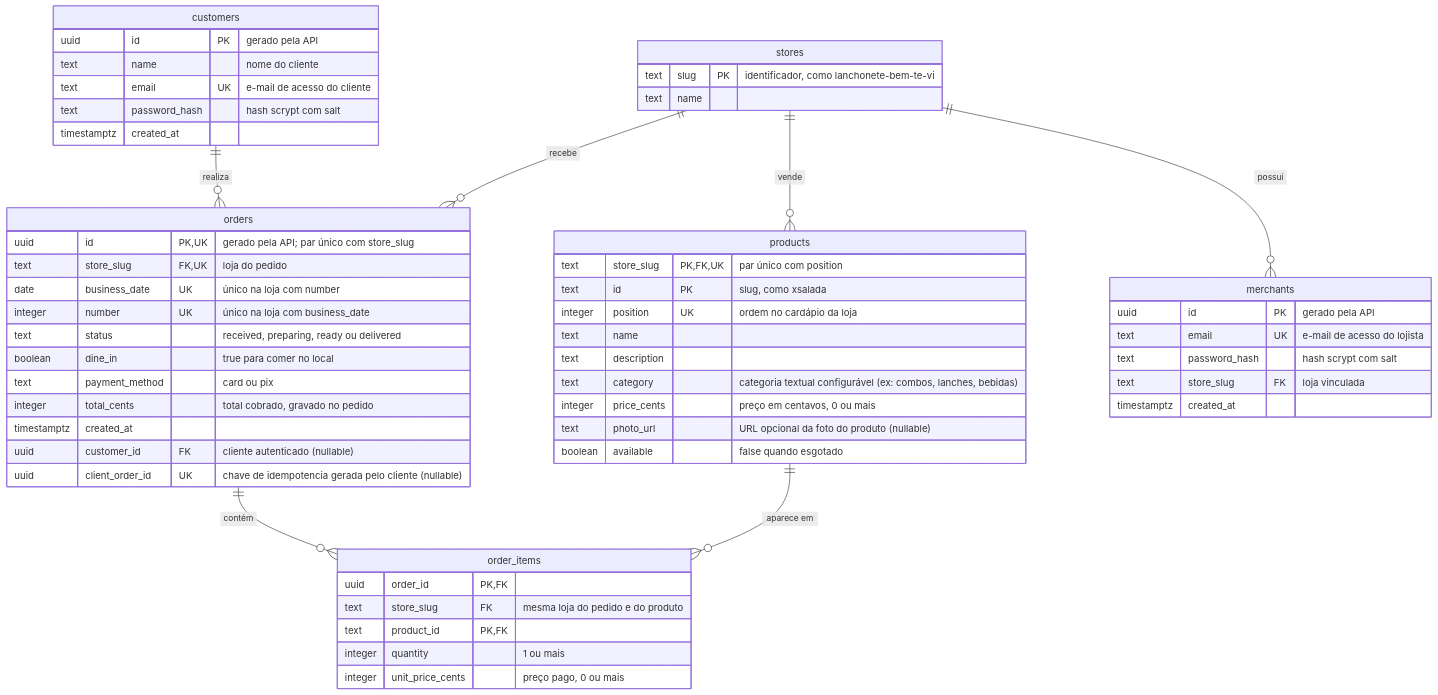
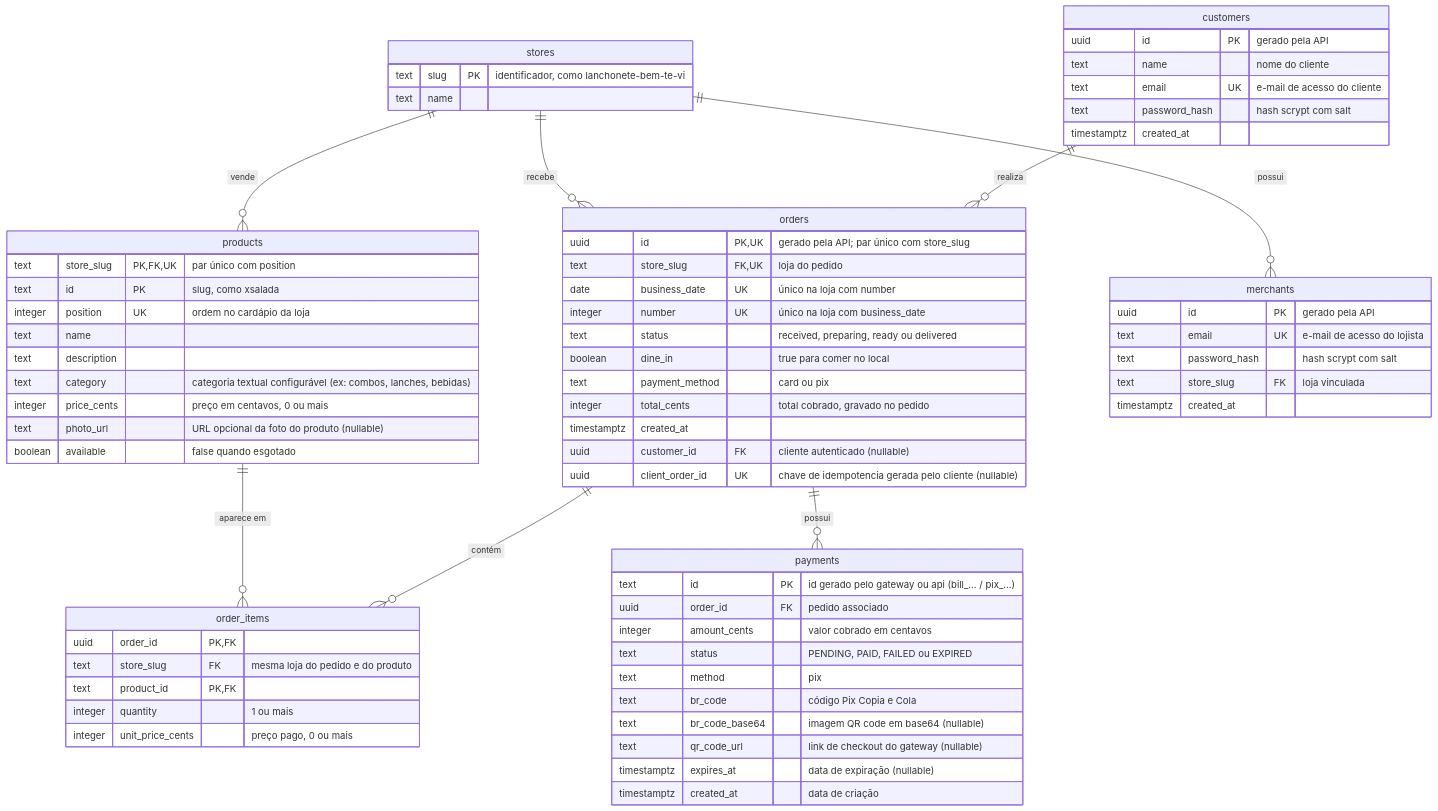
The diagram in docs/banco-de-dados.md (kaualimadesouza/EI), drawn with Mermaid before and after one commit. The commit also changed 36 other files, not shown here.

First line of the commit message:
feat(payments): integrate Abacate Pay Pix gateway with polling and webhooks (#78)

````diff
--- a/docs/banco-de-dados.md
+++ b/docs/banco-de-dados.md
@@ -9,66 +9,80 @@
 ```mermaid
 %%{init: {"htmlLabels": false}}%%
 %% htmlLabels off: labels render as SVG text, not HTML boxes that can clip
 erDiagram
     stores ||--o{ products : "vende"
     stores ||--o{ orders : "recebe"
     stores ||--o{ merchants : "possui"
     customers ||--o{ orders : "realiza"
     products ||--o{ order_items : "aparece em"
     orders ||--o{ order_items : "contém"
+    orders ||--o{ payments : "possui"
 
     stores {
         text slug PK "identificador, como lanchonete-bem-te-vi"
         text name
     }
 
     merchants {
         uuid id PK "gerado pela API"
         text email UK "e-mail de acesso do lojista"
         text password_hash "hash scrypt com salt"
         text store_slug FK "loja vinculada"
         timestamptz created_at
     }
 
     customers {
         uuid id PK "gerado pela API"
         text name "nome do cliente"
         text email UK "e-mail de acesso do cliente"
         text password_hash "hash scrypt com salt"
         timestamptz created_at
     }
 
     products {
         text store_slug PK, FK, UK "par único com position"
         text id PK "slug, como xsalada"
         integer position UK "ordem no cardápio da loja"
         text name
         text description
         text category "categoria textual configurável (ex: combos, lanches, bebidas)"
         integer price_cents "preço em centavos, 0 ou mais"
         text photo_url "URL opcional da foto do produto (nullable)"
         boolean available "false quando esgotado"
     }
 
     orders {
         uuid id PK, UK "gerado pela API; par único com store_slug"
         text store_slug FK, UK "loja do pedido"
         date business_date UK "único na loja com number"
         integer number UK "único na loja com business_date"
         text status "received, preparing, ready ou delivered"
         boolean dine_in "true para comer no local"
         text payment_method "card ou pix"
         integer total_cents "total cobrado, gravado no pedido"
         timestamptz created_at
         uuid customer_id FK "cliente autenticado (nullable)"
         uuid client_order_id UK "chave de idempotencia gerada pelo cliente (nullable)"
     }
 
     order_items {
         uuid order_id PK, FK
         text store_slug FK "mesma loja do pedido e do produto"
         text product_id PK, FK
         integer quantity "1 ou mais"
         integer unit_price_cents "preço pago, 0 ou mais"
     }
+
+    payments {
+        text id PK "id gerado pelo gateway ou api (bill_... / pix_...)"
+        uuid order_id FK "pedido associado"
+        integer amount_cents "valor cobrado em centavos"
+        text status "PENDING, PAID, FAILED ou EXPIRED"
+        text method "pix"
+        text br_code "código Pix Copia e Cola"
+        text br_code_base64 "imagem QR code em base64 (nullable)"
+        text qr_code_url "link de checkout do gateway (nullable)"
+        timestamptz expires_at "data de expiração (nullable)"
+        timestamptz created_at "data de criação"
+    }
 ```
````
